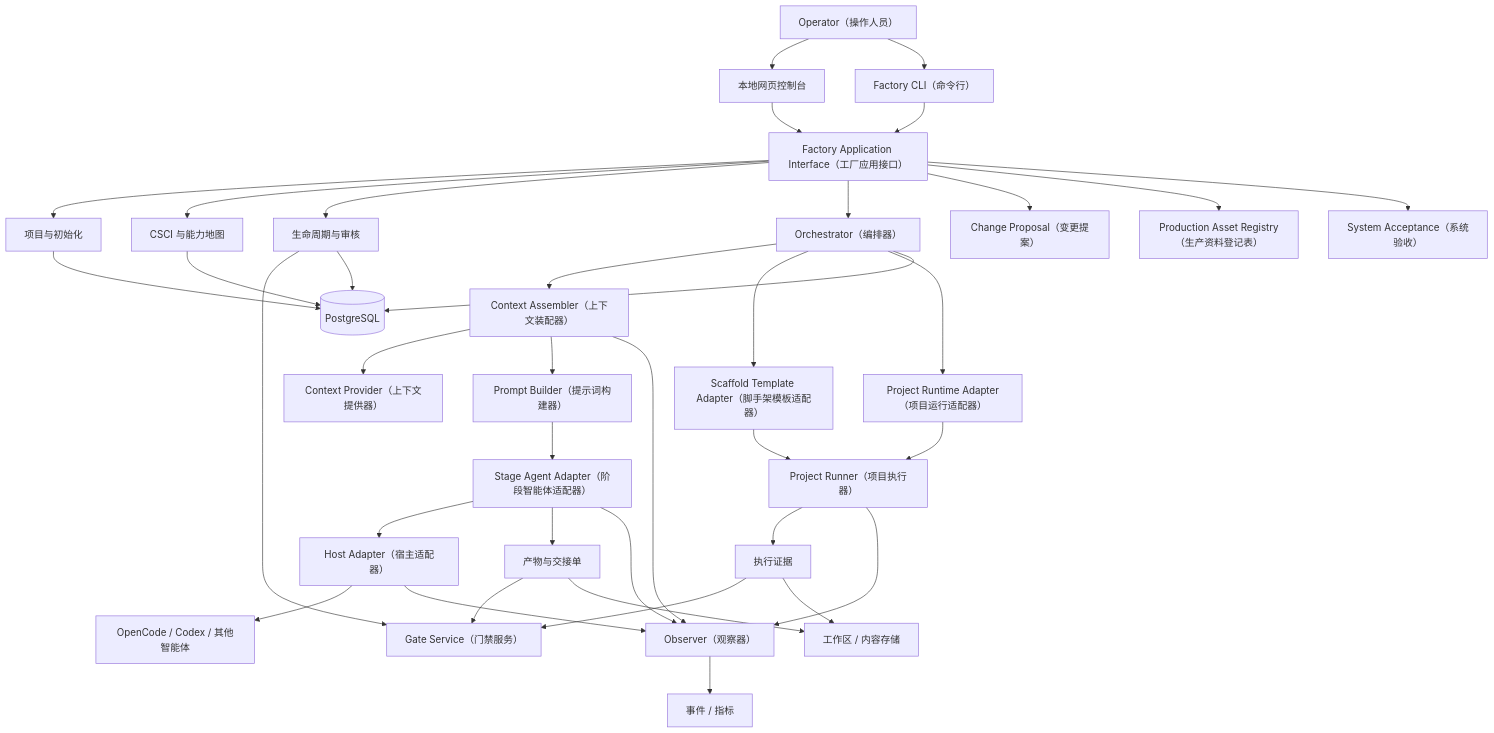
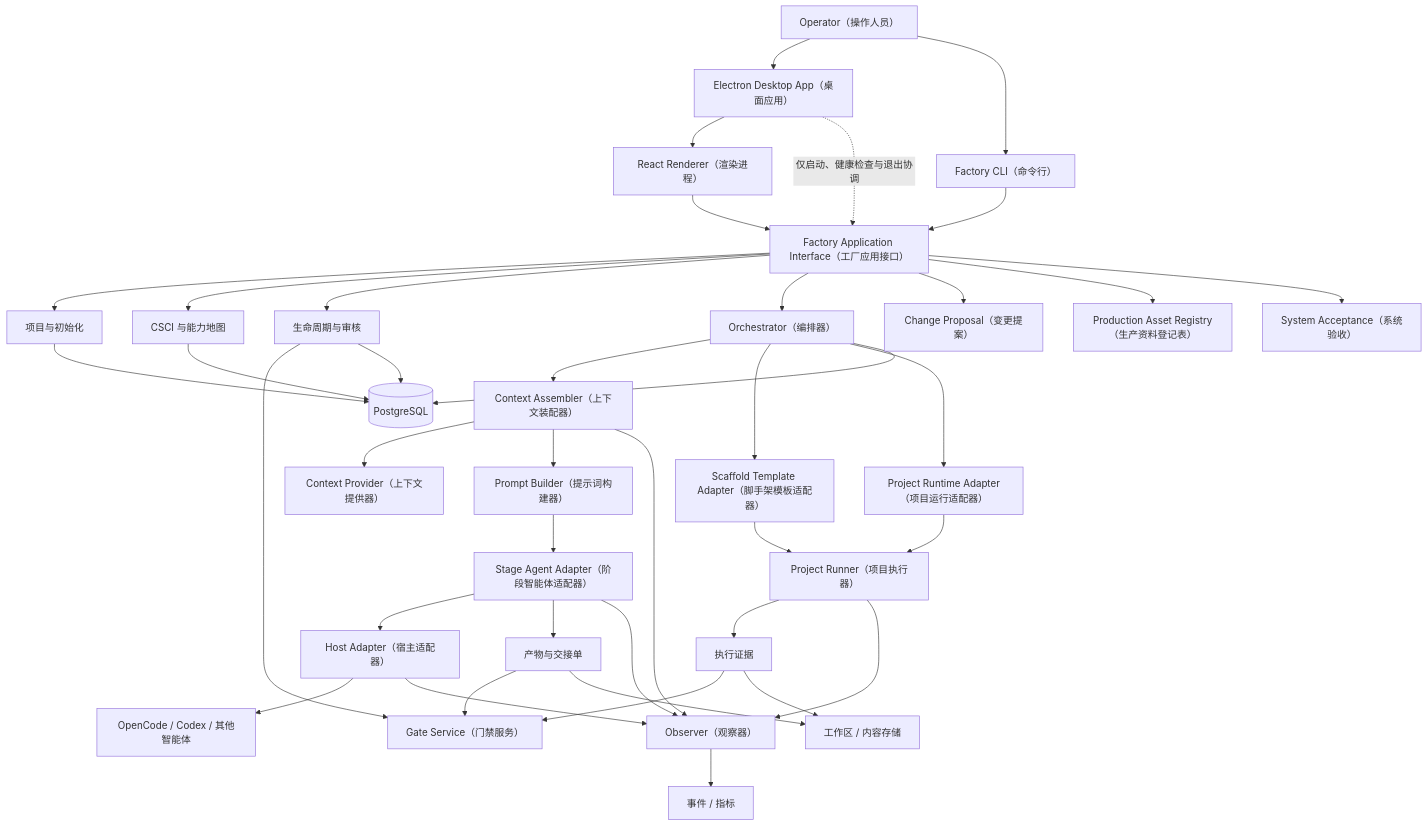
The first of 5 diagrams in docs/v1.2/ai-software-factory-design-v1.2-final.md (Gandufu/sdlc-factory), drawn with Mermaid before and after one commit. The commit also changed other lines of this file and 50 other files, not shown here.

Commit message:
feat: freeze M0 contracts and desktop architecture

````diff
--- a/docs/v1.2/ai-software-factory-design-v1.2-final.md
+++ b/docs/v1.2/ai-software-factory-design-v1.2-final.md
@@ -83,46 +83,48 @@
 ```mermaid
 flowchart TD
-    U["Operator（操作人员）"] --> WEB["本地网页控制台"]
+    U["Operator（操作人员）"] --> DESKTOP["Electron Desktop App（桌面应用）"]
     U --> CLI["Factory CLI（命令行）"]
+    DESKTOP --> WEB["React Renderer（渲染进程）"]
     WEB --> API["Factory Application Interface（工厂应用接口）"]
+    DESKTOP -. "仅启动、健康检查与退出协调" .-> API
     CLI --> API
 
     API --> PROJECT["项目与初始化"]
     API --> DOMAIN["CSCI 与能力地图"]
     API --> LIFE["生命周期与审核"]
     API --> ORCH["Orchestrator（编排器）"]
     API --> CHANGE["Change Proposal（变更提案）"]
     API --> ASSET["Production Asset Registry（生产资料登记表）"]
     API --> ACCEPT["System Acceptance（系统验收）"]
 
     ORCH --> CTX["Context Assembler（上下文装配器）"]
     CTX --> SOURCE["Context Provider（上下文提供器）"]
     CTX --> PROMPT["Prompt Builder（提示词构建器）"]
     PROMPT --> AGENT["Stage Agent Adapter（阶段智能体适配器）"]
     AGENT --> HOST["Host Adapter（宿主适配器）"]
     HOST --> MODEL["OpenCode / Codex / 其他智能体"]
 
     ORCH --> SCAFFOLD["Scaffold Template Adapter（脚手架模板适配器）"]
     ORCH --> RUNTIME["Project Runtime Adapter（项目运行适配器）"]
     SCAFFOLD --> RUNNER["Project Runner（项目执行器）"]
     RUNTIME --> RUNNER
 
     LIFE --> GATE["Gate Service（门禁服务）"]
     AGENT --> ART["产物与交接单"]
     RUNNER --> EVD["执行证据"]
     ART --> GATE
     EVD --> GATE
 
     CTX --> OBS["Observer（观察器）"]
     HOST --> OBS
     AGENT --> OBS
     RUNNER --> OBS
 
     PROJECT --> DB[("PostgreSQL")]
     DOMAIN --> DB
     LIFE --> DB
     ORCH --> DB
     ART --> CAS["工作区 / 内容存储"]
     EVD --> CAS
     OBS --> TEL["事件 / 指标"]
 ```
````
